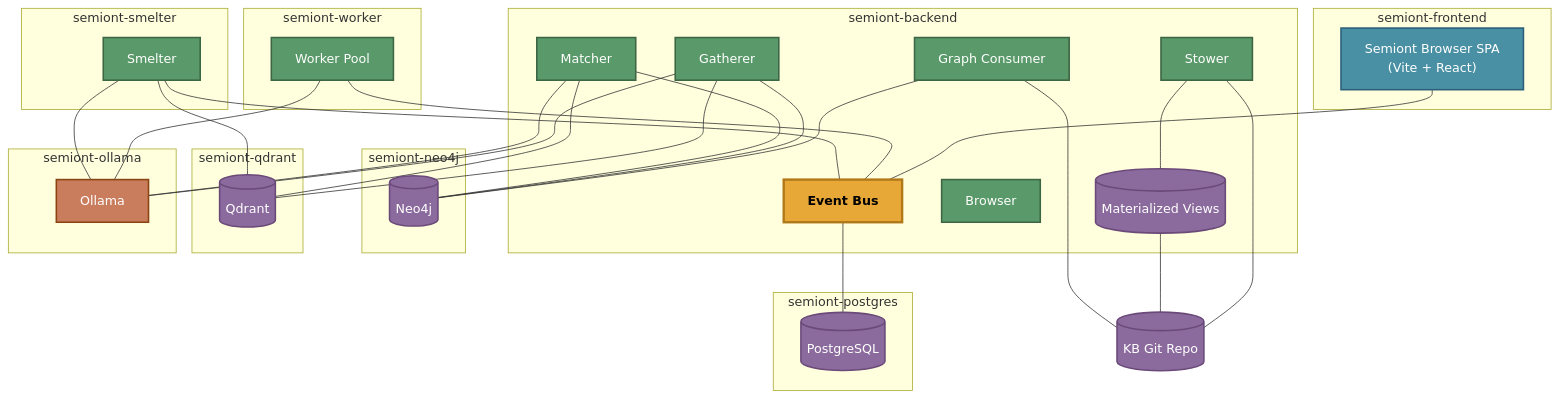
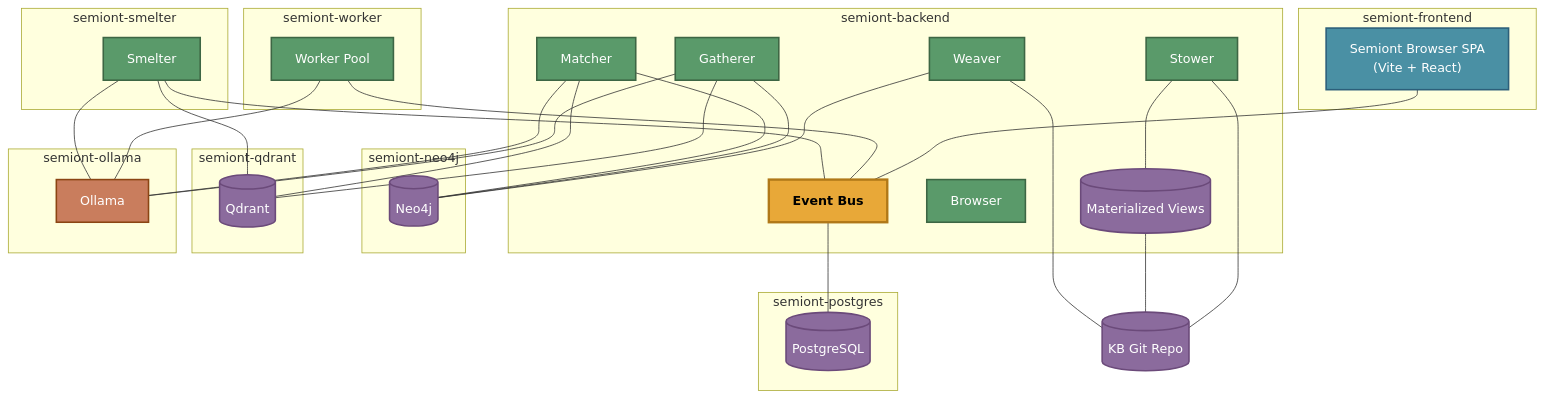
The diagram in docs/system/CONTAINER-TOPOLOGY.md (The-AI-Alliance/semiont), drawn with Mermaid before and after one commit. The commit also changed 47 other files, not shown here.

Commit message:
graph consumer -> weaver (#982)

````diff
--- a/docs/system/CONTAINER-TOPOLOGY.md
+++ b/docs/system/CONTAINER-TOPOLOGY.md
@@ -15,74 +15,74 @@
 ```mermaid
 graph TB
     subgraph frontend_c ["semiont-frontend"]
         SPA["Semiont Browser SPA<br/>(Vite + React)"]
     end
 
     subgraph backend_c ["semiont-backend"]
         BUS["Event Bus"]
         STOWER["Stower"]
         BROWSER["Browser"]
         GATHERER["Gatherer"]
         MATCHER["Matcher"]
-        GC["Graph Consumer"]
+        WEAVER["Weaver"]
         VIEWS[("Materialized Views")]
     end
 
     GIT[("KB Git Repo")]
 
     subgraph worker_c ["semiont-worker"]
         WORKERS["Worker Pool"]
     end
 
     subgraph smelter_c ["semiont-smelter"]
         SMELTER["Smelter"]
     end
 
     subgraph pg_c ["semiont-postgres"]
         PG[("PostgreSQL")]
     end
 
     subgraph neo_c ["semiont-neo4j"]
         NEO[("Neo4j")]
     end
 
     subgraph qd_c ["semiont-qdrant"]
         QD[("Qdrant")]
     end
 
     subgraph ol_c ["semiont-ollama"]
         OL["Ollama"]
     end
 
     SPA --- BUS
     WORKERS --- BUS
     SMELTER --- BUS
 
     STOWER --- GIT
     STOWER --- VIEWS
     VIEWS --- GIT
-    GC --- GIT
-    GC --- NEO
+    WEAVER --- GIT
+    WEAVER --- NEO
     SMELTER --- QD
     BUS --- PG
     WORKERS --- OL
     SMELTER --- OL
     GATHERER --- NEO
     GATHERER --- QD
     GATHERER --- OL
     MATCHER --- NEO
     MATCHER --- QD
     MATCHER --- OL
 
     classDef bus fill:#e8a838,stroke:#b07818,stroke-width:3px,color:#000,font-weight:bold
     classDef actor fill:#5a9a6a,stroke:#3d6644,stroke-width:2px,color:#fff
     classDef store fill:#8b6b9d,stroke:#6b4a7a,stroke-width:2px,color:#fff
     classDef spa fill:#4a90a4,stroke:#2c5f7a,stroke-width:2px,color:#fff
     classDef service fill:#c97d5d,stroke:#8b4513,stroke-width:2px,color:#fff
 
     class BUS bus
-    class STOWER,BROWSER,GATHERER,MATCHER,GC,WORKERS,SMELTER actor
+    class STOWER,BROWSER,GATHERER,MATCHER,WEAVER,WORKERS,SMELTER actor
     class GIT,VIEWS,PG,NEO,QD store
     class SPA spa
     class OL service
 ```
````
